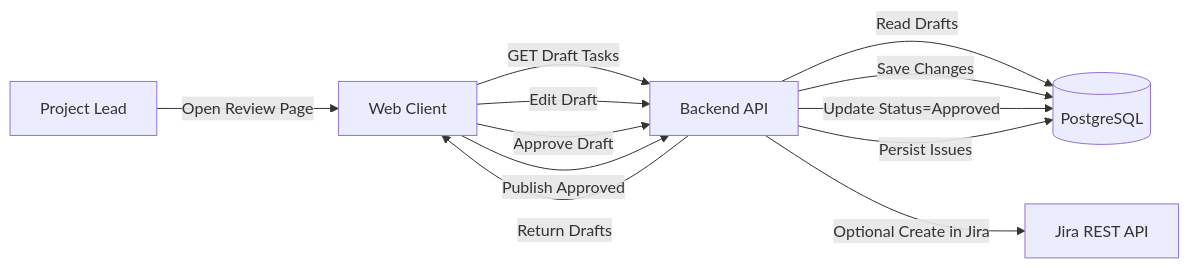
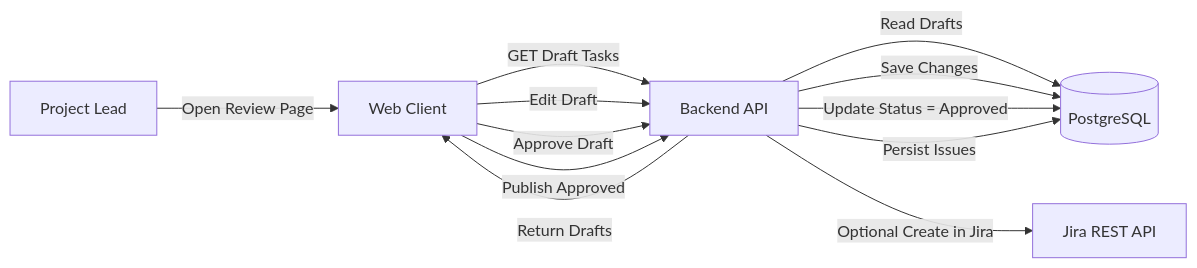
Before and after one commit to yousseam/CS485-P2: the first of 4 diagrams in Create dev-spec-3-ai-jira-issues.md, drawn with Mermaid. The commit also changed other lines of this file, not shown here.

First line of the commit message:
Refine architecture and update development specification

````diff
--- a/Create dev-spec-3-ai-jira-issues.md
+++ b/Create dev-spec-3-ai-jira-issues.md
@@ -23,17 +5,17 @@
 ```mermaid
 flowchart LR
     User[Project Lead] -->|Open Review Page| Client[Web Client]
     Client -->|GET Draft Tasks| Backend[Backend API]
     Backend -->|Read Drafts| DB[(PostgreSQL)]
     Backend -->|Return Drafts| Client
 
     Client -->|Edit Draft| Backend
     Backend -->|Save Changes| DB
 
     Client -->|Approve Draft| Backend
-    Backend -->|Update Status=Approved| DB
+    Backend -->|Update Status = Approved| DB
 
     Client -->|Publish Approved| Backend
     Backend -->|Persist Issues| DB
     Backend -->|Optional Create in Jira| Jira[Jira REST API]
 ```
````
